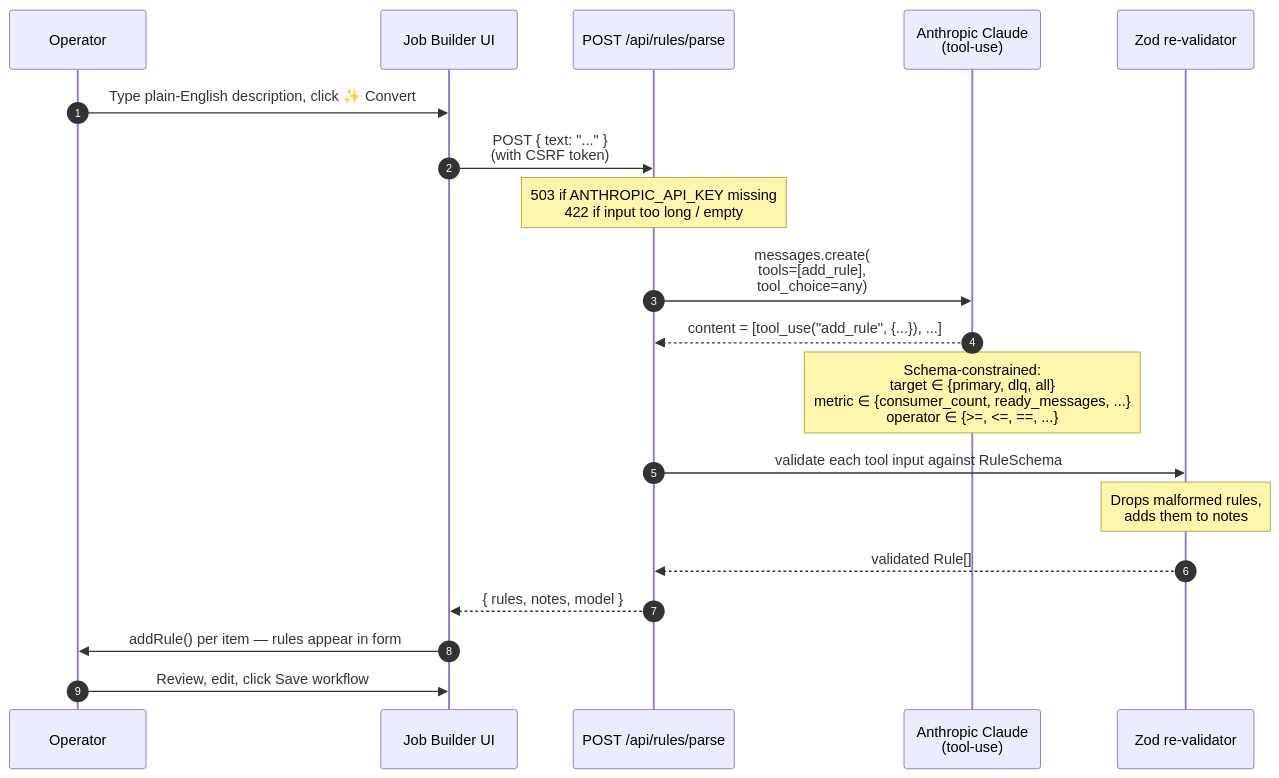
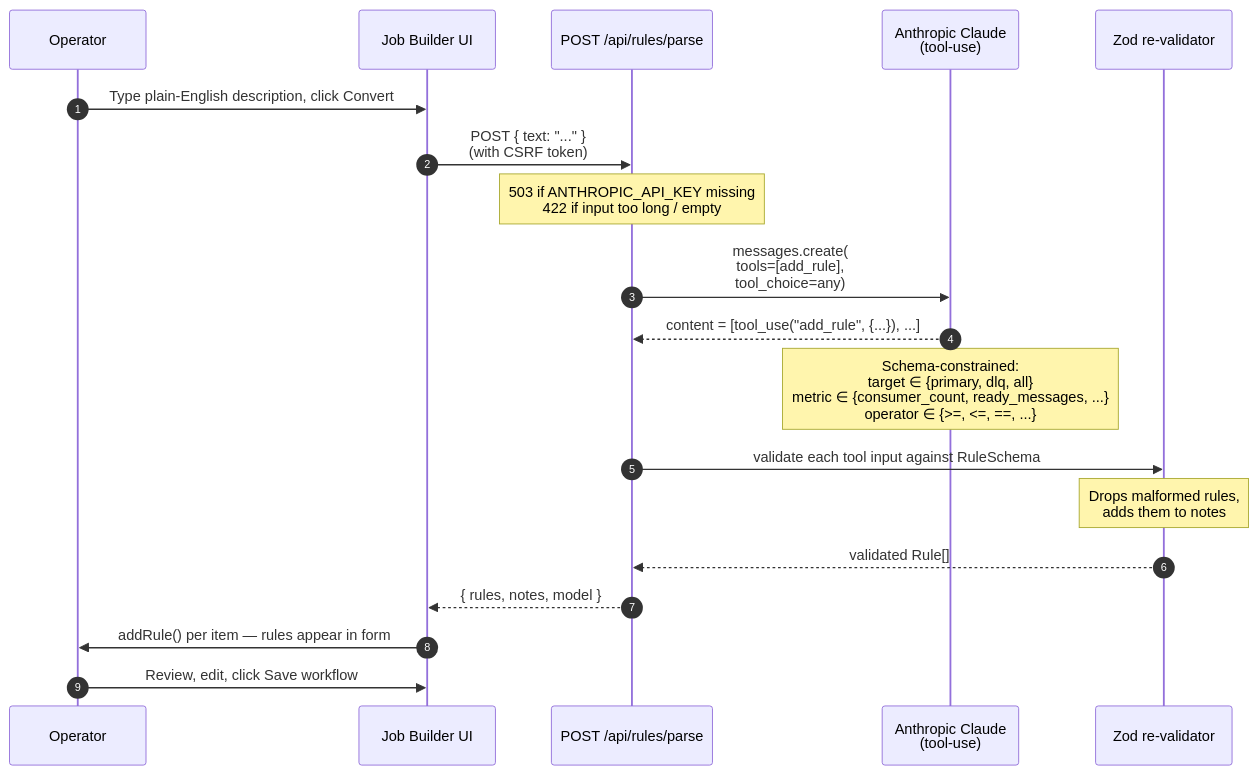
Before and after one commit to veerayk1/ops-monitor-node: the fourth of 4 diagrams in README.md, drawn with Mermaid. The commit also changed other lines of this file and 3 other files, not shown here.

````diff
--- a/README.md
+++ b/README.md
@@ -347,22 +334,22 @@
 ```mermaid
 sequenceDiagram
     autonumber
     participant Op as Operator
     participant UI as Job Builder UI
     participant API as POST /api/rules/parse
     participant Claude as Anthropic Claude<br/>(tool-use)
     participant Zod as Zod re-validator
 
-    Op->>UI: Type plain-English description, click ✨ Convert
+    Op->>UI: Type plain-English description, click Convert
     UI->>API: POST { text: "..." }<br/>(with CSRF token)
     Note over API: 503 if ANTHROPIC_API_KEY missing<br/>422 if input too long / empty
     API->>Claude: messages.create(<br/> tools=[add_rule],<br/> tool_choice=any)
     Claude-->>API: content = [tool_use("add_rule", {...}), ...]
     Note over Claude: Schema-constrained:<br/>target ∈ {primary, dlq, all}<br/>metric ∈ {consumer_count, ready_messages, ...}<br/>operator ∈ {>=, <=, ==, ...}
     API->>Zod: validate each tool input against RuleSchema
     Note over Zod: Drops malformed rules,<br/>adds them to notes
     Zod-->>API: validated Rule[]
     API-->>UI: { rules, notes, model }
     UI->>Op: addRule() per item — rules appear in form
     Op->>UI: Review, edit, click Save workflow
 ```
````
